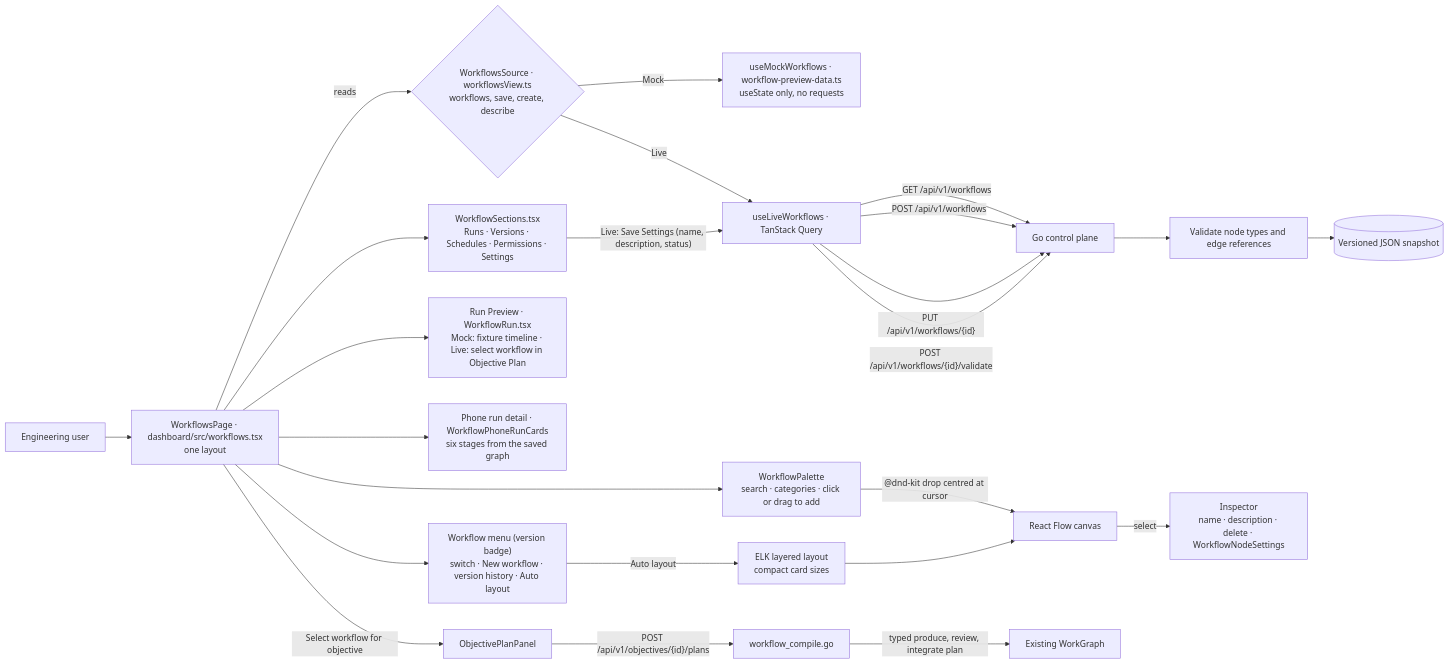
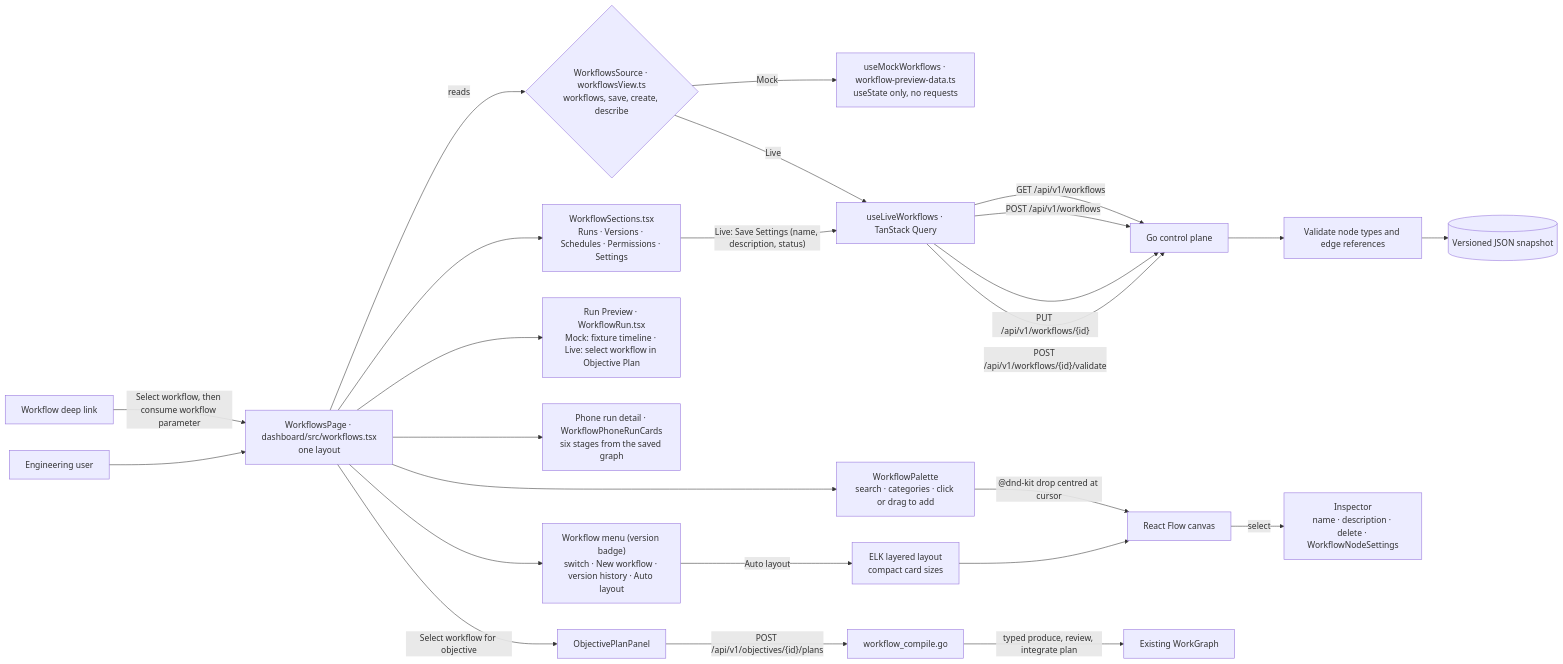
Before and after one commit to bogdaniel/zenchron-engineering-os: the diagram in docs/features/workflow-builder.md, drawn with Mermaid. The commit also changed 14 other files, not shown here.

````diff
--- a/docs/features/workflow-builder.md
+++ b/docs/features/workflow-builder.md
@@ -15,26 +15,27 @@
 ```mermaid
 flowchart LR
+    Link["Workflow deep link"] -->|Select workflow, then consume workflow parameter| Page
     User[Engineering user] --> Page["WorkflowsPage · dashboard/src/workflows.tsx<br/>one layout"]
     Page -->|reads| Source{"WorkflowsSource · workflowsView.ts<br/>workflows, save, create, describe"}
     Source -->|Mock| Fixtures["useMockWorkflows · workflow-preview-data.ts<br/>useState only, no requests"]
     Source -->|Live| Hook["useLiveWorkflows · TanStack Query"]
     Hook -->|GET /api/v1/workflows| API[Go control plane]
     Hook -->|POST /api/v1/workflows| API
     Hook -->|"PUT /api/v1/workflows/{id}"| API
     Hook -->|"POST /api/v1/workflows/{id}/validate"| API
     API --> Validate[Validate node types and edge references]
     Validate --> Store[(Versioned JSON snapshot)]
     Page --> Menu["Workflow menu (version badge)<br/>switch · New workflow · version history · Auto layout"]
     Page --> Palette["WorkflowPalette<br/>search · categories · click or drag to add"]
     Palette -->|"@dnd-kit drop centred at cursor"| Canvas[React Flow canvas]
     Menu -->|Auto layout| ELK["ELK layered layout<br/>compact card sizes"]
     ELK --> Canvas
     Canvas -->|select| Inspector["Inspector<br/>name · description · delete · WorkflowNodeSettings"]
     Page --> RunPreview["Run Preview · WorkflowRun.tsx<br/>Mock: fixture timeline · Live: select workflow in Objective Plan"]
     Page --> Phone["Phone run detail · WorkflowPhoneRunCards<br/>six stages from the saved graph"]
     Page --> Sections["WorkflowSections.tsx<br/>Runs · Versions · Schedules · Permissions · Settings"]
     Sections -->|"Live: Save Settings (name, description, status)"| Hook
     Page -->|"Select workflow for objective"| Objective[ObjectivePlanPanel]
     Objective -->|"POST /api/v1/objectives/{id}/plans"| Compiler[workflow_compile.go]
     Compiler -->|typed produce, review, integrate plan| WorkGraph[Existing WorkGraph]
 ```
````
